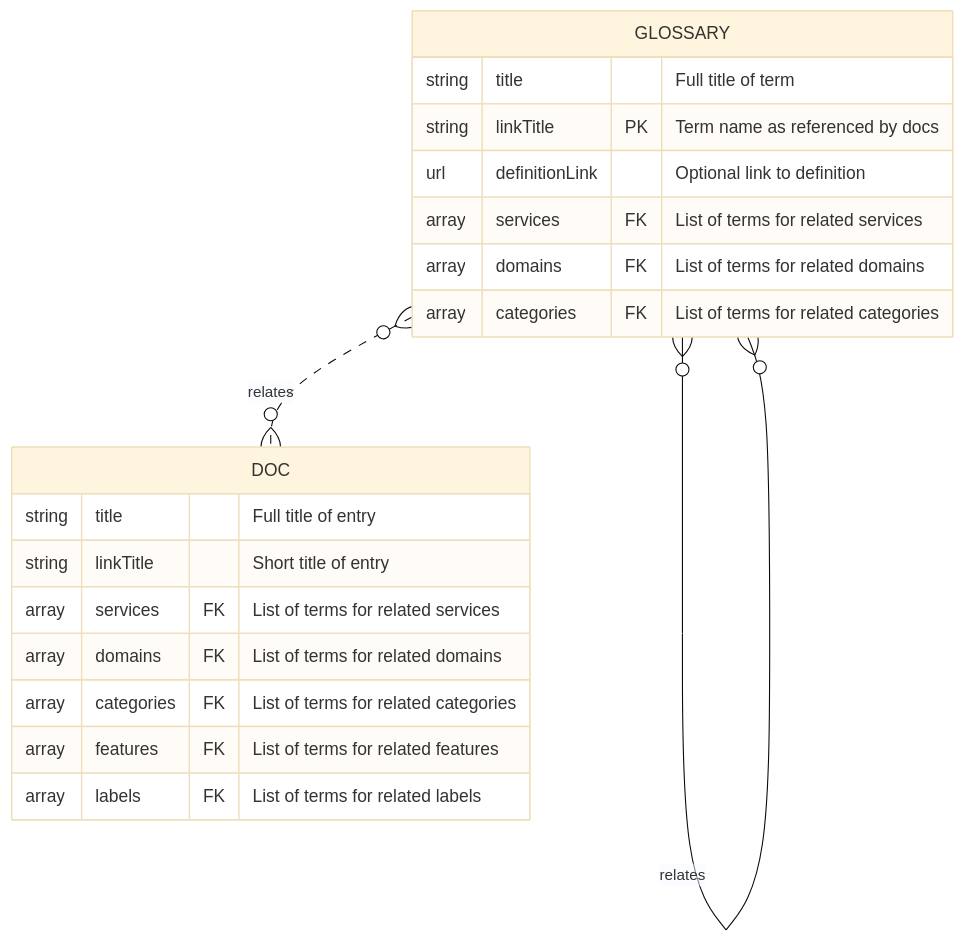
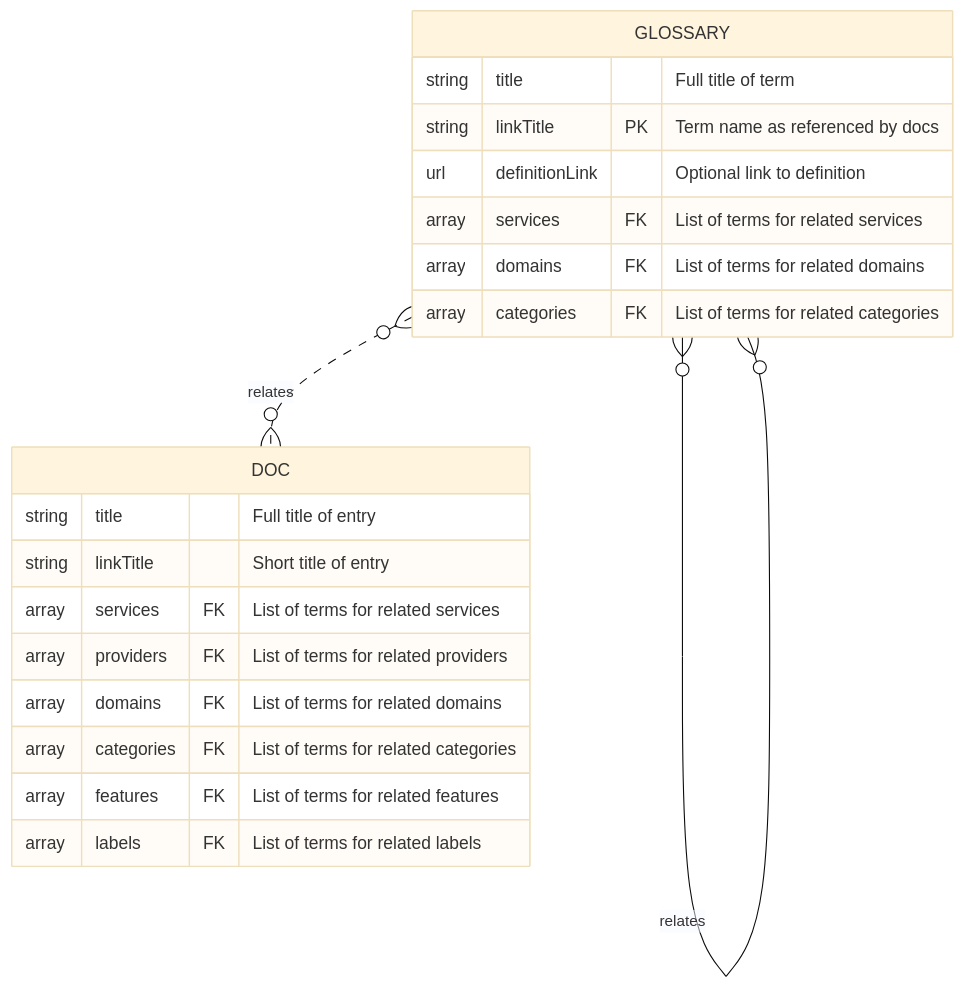
One commit to lexical-cloud/lexical-cloud-docs changed the fourth of 4 diagrams in en/pages/data-model.md. Above: the diagram before and after it, drawn with Mermaid (base theme). The commit also changed other lines of this file, not shown here.

Commit message:
added missing providers attribute on logical and physical data model diagrams

````diff
--- a/en/pages/data-model.md
+++ b/en/pages/data-model.md
@@ -191,22 +192,23 @@
 ```mermaid
 erDiagram
     GLOSSARY }o--o{ GLOSSARY : relates
     GLOSSARY {
         string title "Full title of term"
         string linkTitle PK "Term name as referenced by docs"
         url definitionLink "Optional link to definition"
         array services FK "List of terms for related services"
         array domains FK "List of terms for related domains"
         array categories FK "List of terms for related categories"
     }
     GLOSSARY }o..o{ DOC : relates
     DOC {
         string title "Full title of entry"
         string linkTitle "Short title of entry"
         array services FK "List of terms for related services"
+        array providers FK "List of terms for related providers"
         array domains FK "List of terms for related domains"
         array categories FK "List of terms for related categories"
         array features FK "List of terms for related features"
         array labels FK "List of terms for related labels"
     }
 ```
````
